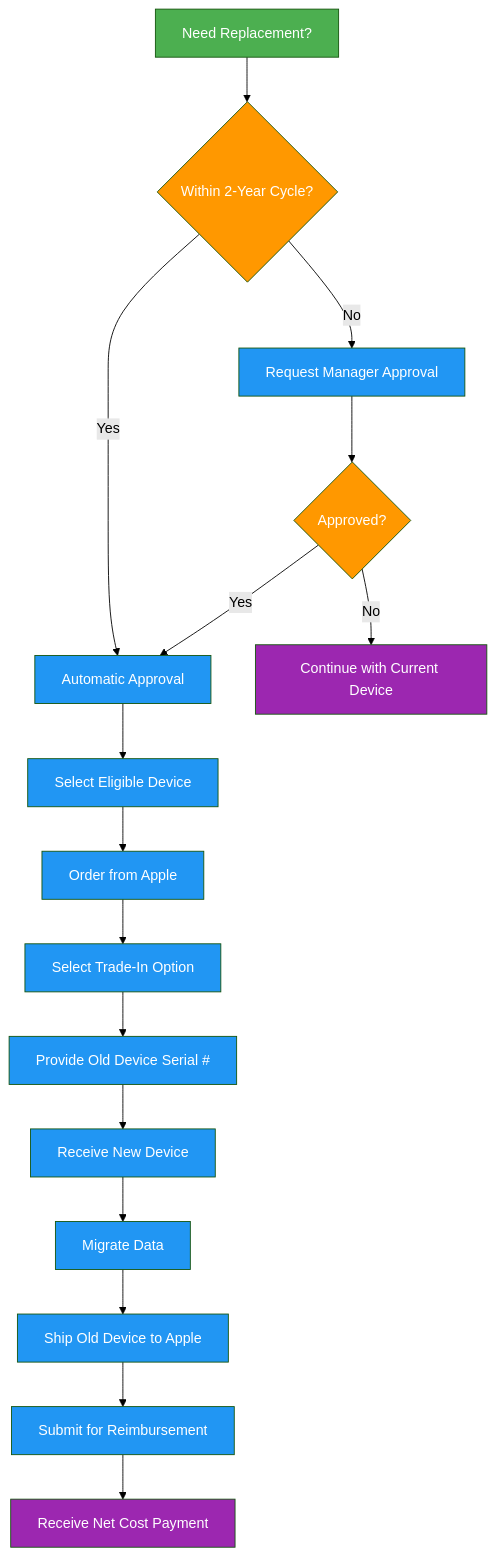
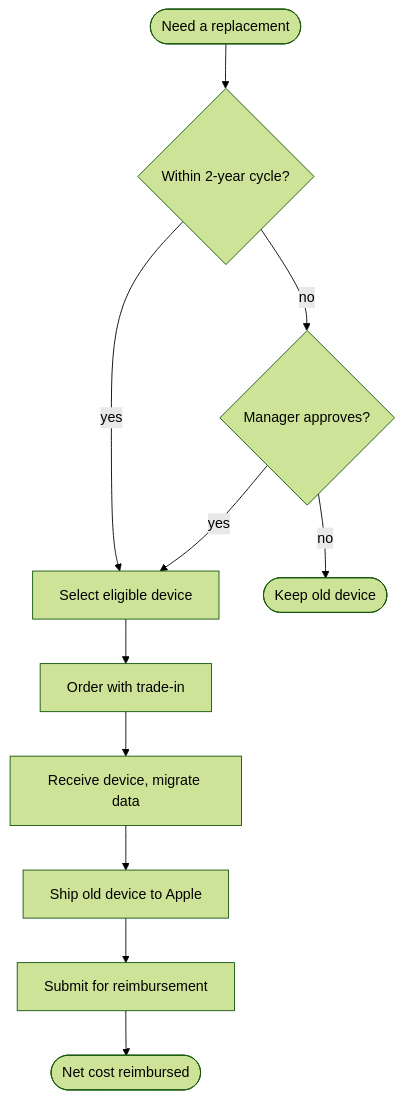
The second of 4 diagrams in docs/en/tools/hardware.md (ultralytics/handbook), drawn with Mermaid (forest theme) before and after one commit. The commit also changed other lines of this file and 16 other files, not shown here.

Commit message:
Migrate handbook Mermaid diagrams to the unified design system (#363)

````diff
--- a/docs/en/tools/hardware.md
+++ b/docs/en/tools/hardware.md
@@ -127,23 +131,13 @@
 ```mermaid
 flowchart TD
-    A[Need Replacement?]:::start --> B{Within 2-Year Cycle?}:::decide
-    B -->|Yes| C[Automatic Approval]:::proc
-    B -->|No| D[Request Manager Approval]:::proc
-    D --> E{Approved?}:::decide
-    E -->|No| F[Continue with Current Device]:::out
-    E -->|Yes| C
-    C --> G[Select Eligible Device]:::proc
-    G --> H[Order from Apple]:::proc
-    H --> I[Select Trade-In Option]:::proc
-    I --> J[Provide Old Device Serial #]:::proc
-    J --> K[Receive New Device]:::proc
-    K --> L[Migrate Data]:::proc
-    L --> M[Ship Old Device to Apple]:::proc
-    M --> N[Submit for Reimbursement]:::proc
-    N --> O[Receive Net Cost Payment]:::out
-
-    classDef start fill:#4CAF50,color:#fff
-    classDef proc fill:#2196F3,color:#fff
-    classDef decide fill:#FF9800,color:#fff
-    classDef out fill:#9C27B0,color:#fff
+    A([Need a replacement]) --> B{Within 2-year cycle?}
+    B -->|yes| D[Select eligible device]
+    B -->|no| C{Manager approves?}
+    C -->|yes| D
+    C -->|no| E([Keep old device])
+    D --> F[Order with trade-in]
+    F --> G["Receive device, migrate data"]
+    G --> H[Ship old device to Apple]
+    H --> I[Submit for reimbursement]
+    I --> J([Net cost reimbursed])
 ```
````
